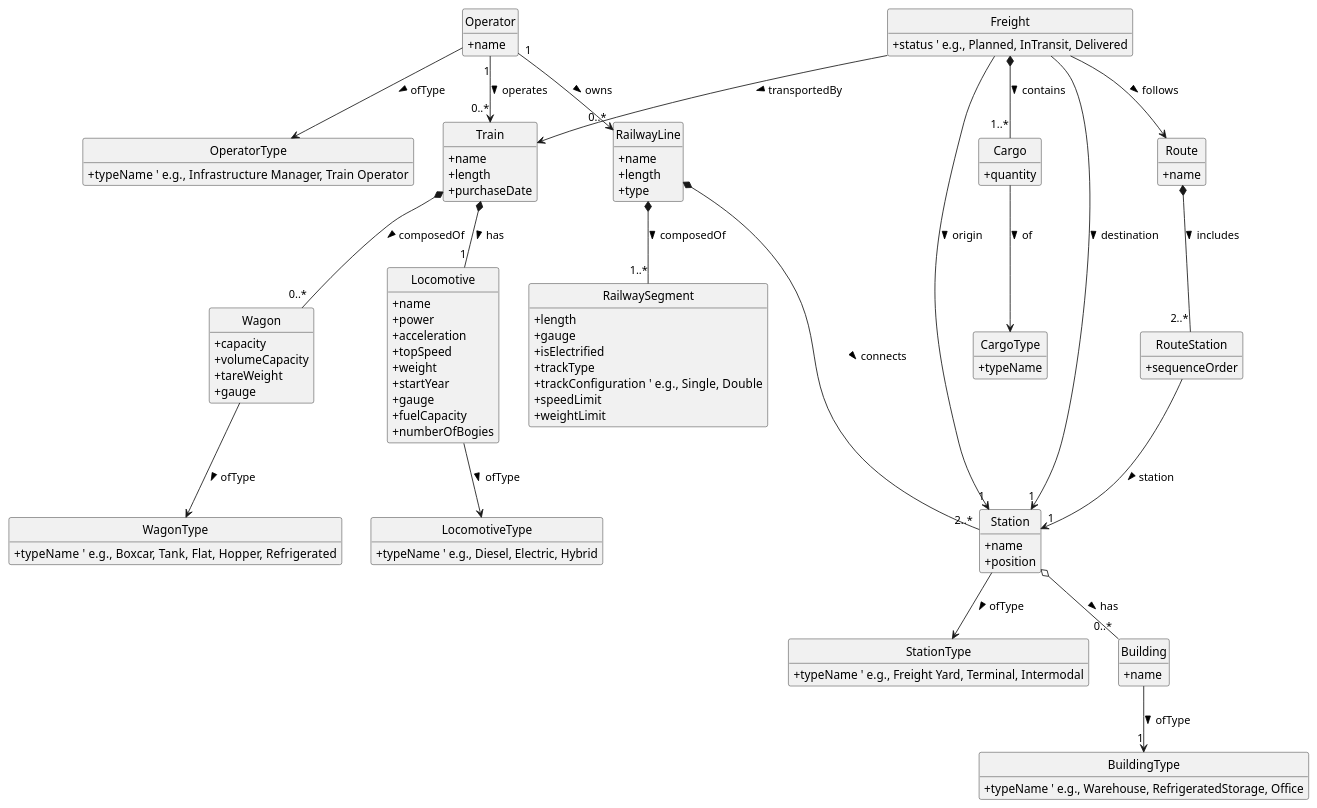
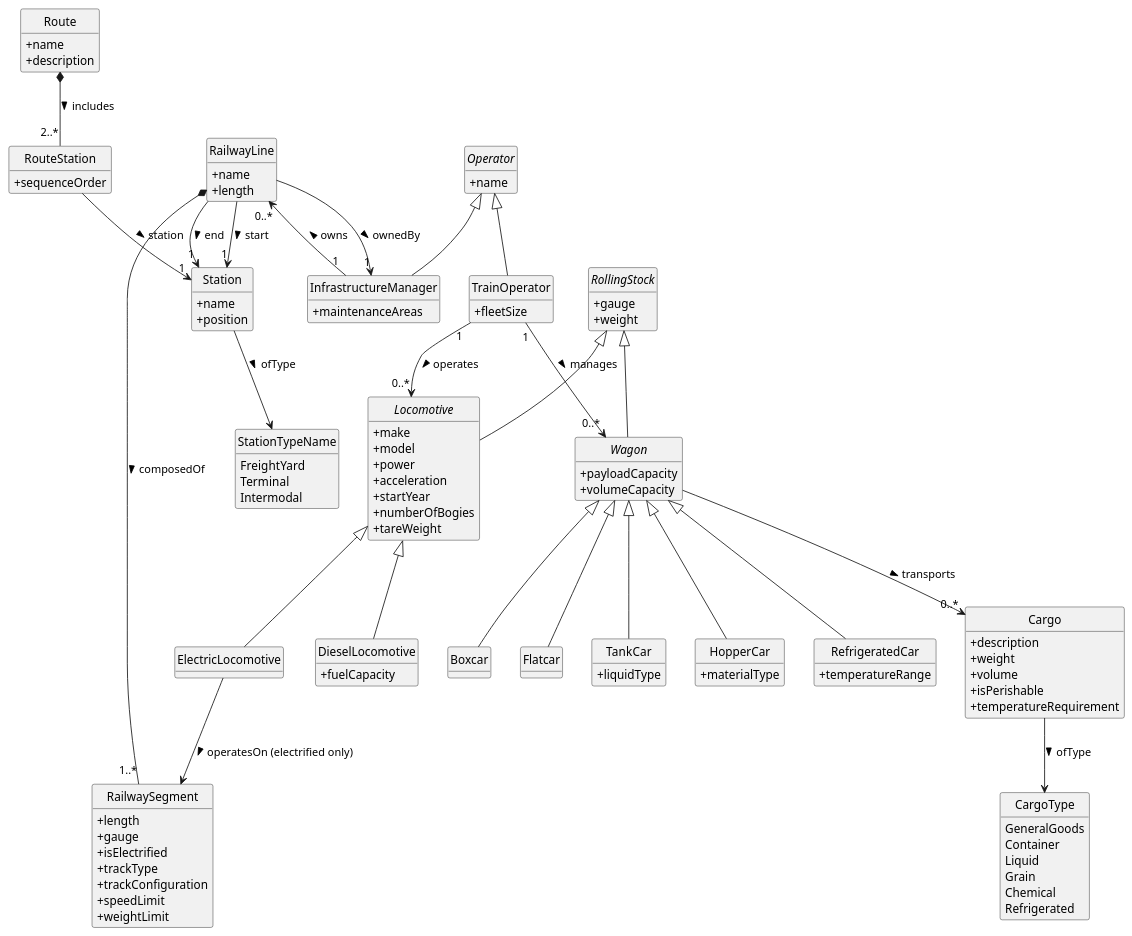
One commit to goncalolopesp/sem3-pi-25-26-g093-repo changed the diagram in definitive-structure/doc/global-artifacts/02.analysis/puml/domain-model.puml. Above: the diagram before and after it, drawn with PlantUML. The commit also changed 4 other files, not shown here.

```diff
--- a/definitive-structure/doc/global-artifacts/02.analysis/puml/domain-model.puml
+++ b/definitive-structure/doc/global-artifacts/02.analysis/puml/domain-model.puml
@@ -1,131 +1,133 @@
 @startuml
-
 hide circle
 hide methods
 skinparam monochrome true
 skinparam classAttributeIconSize 0
 skinparam shadowing false
 
+
 class Station {
-    +name
-    +position
+  +name
+  +position
 }
-
-class StationType {
-    +typeName ' e.g., Freight Yard, Terminal, Intermodal
+enum StationTypeName {
+  FreightYard
+  Terminal
+  Intermodal
 }
-
-Station --> StationType : ofType >
-
-class Building {
-    +name
-}
-
-class BuildingType {
-    +typeName ' e.g., Warehouse, RefrigeratedStorage, Office
-}
-
-Station o-- "0..*" Building : has >
-Building --> "1" BuildingType : ofType >
+Station --> StationTypeName : ofType >
 
 class RailwayLine {
-    +name
-    +length
-    +type
+  +name
+  +length
 }
+class RailwaySegment {
+  +length
+  +gauge
+  +isElectrified
+  +trackType
+  +trackConfiguration
+  +speedLimit
+  +weightLimit
+}
+RailwayLine *-- "1..*" RailwaySegment : composedOf >
+RailwayLine --> "1" Station : start >
+RailwayLine --> "1" Station : end >
 
-class RailwaySegment {
-    +length
-    +gauge
-    +isElectrified
-    +trackType
-    +trackConfiguration  ' e.g., Single, Double
-    +speedLimit
-    +weightLimit
+
+abstract class Operator {
+  +name
 }
+class InfrastructureManager {
+  +maintenanceAreas
+}
+class TrainOperator {
+  +fleetSize
+}
+Operator <|-- InfrastructureManager
+Operator <|-- TrainOperator
 
-class Operator {
-    +name
+InfrastructureManager "1" --> "0..*" RailwayLine : owns >
+RailwayLine --> "1" InfrastructureManager : ownedBy >
+
+
+abstract class RollingStock {
+  +gauge
+  +weight
 }
+RollingStock <|-- Locomotive
+RollingStock <|-- Wagon
 
-class OperatorType {
-    +typeName  ' e.g., Infrastructure Manager, Train Operator
+abstract class Locomotive {
+  +make
+  +model
+  +power
+  +acceleration
+  +startYear
+  +numberOfBogies
+  +tareWeight
 }
+class DieselLocomotive {
+  +fuelCapacity
+}
+class ElectricLocomotive {
 
-Operator --> OperatorType : ofType >
-Operator "1" --> "0..*" RailwayLine : owns >
-RailwayLine *-- "1..*" RailwaySegment : composedOf >
+}
+Locomotive <|-- DieselLocomotive
+Locomotive <|-- ElectricLocomotive
+ElectricLocomotive --> RailwaySegment : operatesOn (electrified only) >
 
-RailwayLine *-- "2..*" Station : connects >
+abstract class Wagon {
+  +payloadCapacity
+  +volumeCapacity
+}
+class Boxcar {}
+class Flatcar {}
+class TankCar {
+  +liquidType
+}
+class HopperCar {
+  +materialType
+}
+class RefrigeratedCar {
+  +temperatureRange
+}
+Wagon <|-- Boxcar
+Wagon <|-- Flatcar
+Wagon <|-- TankCar
+Wagon <|-- HopperCar
+Wagon <|-- RefrigeratedCar
 
-class Train {
-    +name
-    +length
-    +purchaseDate
+TrainOperator "1" --> "0..*" Locomotive : operates >
+TrainOperator "1" --> "0..*" Wagon : manages >
+
+
+class Cargo {
+  +description
+  +weight
+  +volume
+  +isPerishable
+  +temperatureRequirement
 }
-
-class Locomotive {
-    +name
-    +power
-    +acceleration
-    +topSpeed
-    +weight
-    +startYear
-    +gauge
-    +fuelCapacity
-    +numberOfBogies
+enum CargoType {
+  GeneralGoods
+  Container
+  Liquid
+  Grain
+  Chemical
+  Refrigerated
 }
-
-class LocomotiveType {
-    +typeName ' e.g., Diesel, Electric, Hybrid
-}
-
-class Wagon {
-    +capacity
-    +volumeCapacity
-    +tareWeight
-    +gauge
-}
-
-class WagonType {
-    +typeName  ' e.g., Boxcar, Tank, Flat, Hopper, Refrigerated
-}
-
-Operator "1" --> "0..*" Train : operates >
-Train *-- "1" Locomotive : has >
-Locomotive --> LocomotiveType : ofType >
-Train *-- "0..*" Wagon : composedOf >
-Wagon --> WagonType : ofType >
+Cargo --> CargoType : ofType >
+Wagon --> "0..*" Cargo : transports >
 
 class Route {
-    +name
+  +name
+  +description
 }
-
 class RouteStation {
-    +sequenceOrder
+  +sequenceOrder
 }
-
 Route *-- "2..*" RouteStation : includes >
 RouteStation --> "1" Station : station >
 
-class CargoType {
-    +typeName
-}
-
-class Cargo {
-    +quantity
-}
-
-Cargo --> CargoType : of >
-
-class Freight {
-    +status ' e.g., Planned, InTransit, Delivered
-}
-
-Freight *-- "1..*" Cargo : contains >
-Freight --> "1" Station : origin >
-Freight --> "1" Station : destination >
-Freight --> Route : follows >
-Freight --> Train : transportedBy >
-
 @enduml
```
